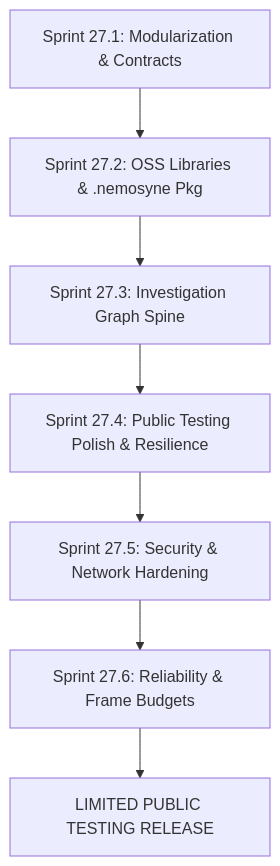
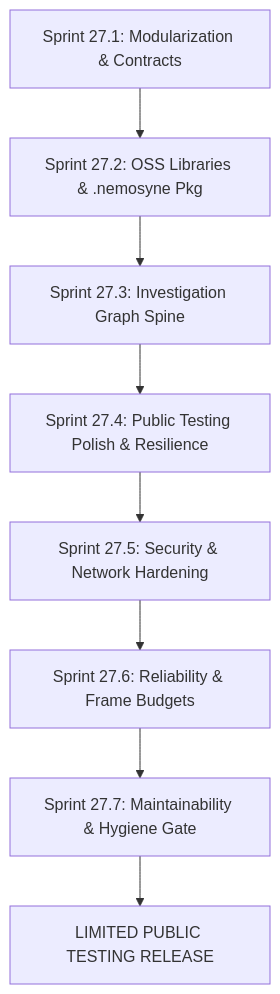
The diagram in docs/ROADMAP.md (TsatsuAmable/nemosyne), drawn with Mermaid before and after one commit. The commit also changed other lines of this file, not shown here.

Commit message:
docs(roadmap): plan maintainability, tech debt and code hygiene audit protocol (Sprint 27.7)

````diff
--- a/docs/ROADMAP.md
+++ b/docs/ROADMAP.md
@@ -183,9 +183,10 @@
 ```mermaid
 graph TD
     S1["Sprint 27.1: Modularization & Contracts"] --> S2["Sprint 27.2: OSS Libraries & .nemosyne Pkg"]
     S2 --> S3["Sprint 27.3: Investigation Graph Spine"]
     S3 --> S4["Sprint 27.4: Public Testing Polish & Resilience"]
     S4 --> S5["Sprint 27.5: Security & Network Hardening"]
     S5 --> S6["Sprint 27.6: Reliability & Frame Budgets"]
-    S6 --> PR["LIMITED PUBLIC TESTING RELEASE"]
+    S6 --> S7["Sprint 27.7: Maintainability & Hygiene Gate"]
+    S7 --> PR["LIMITED PUBLIC TESTING RELEASE"]
 ```
````
